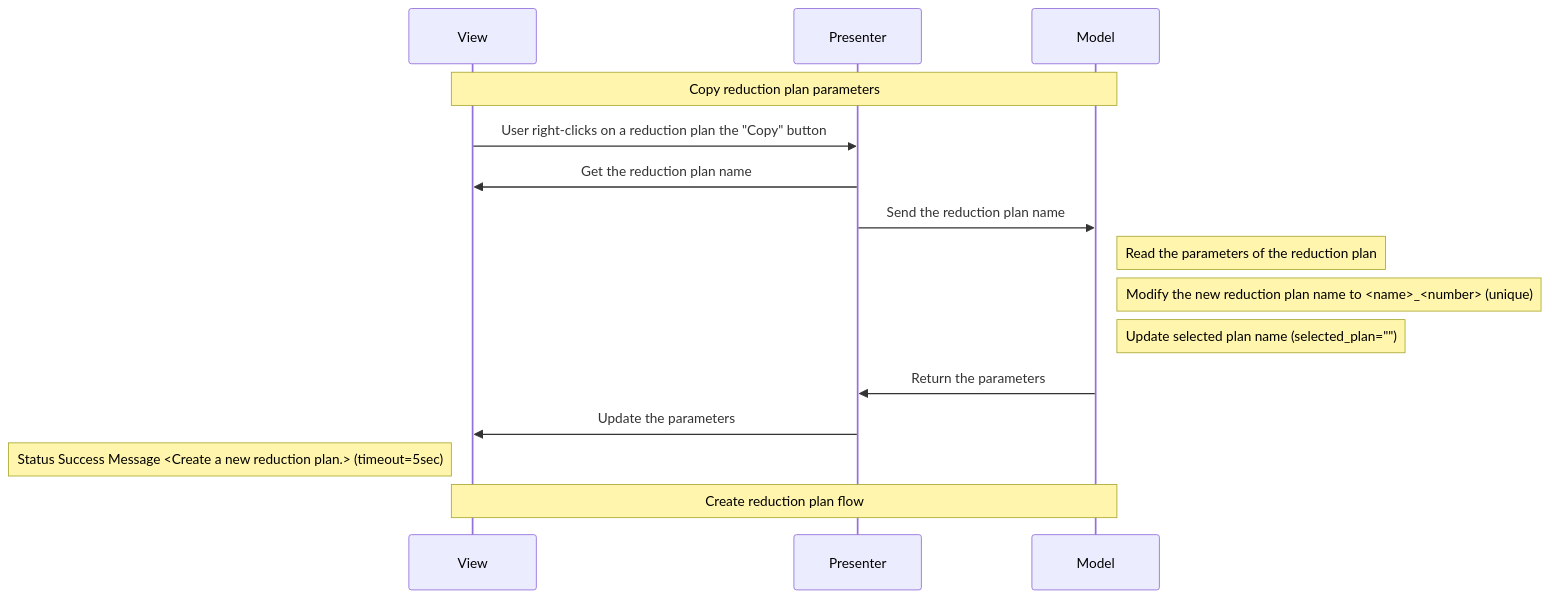
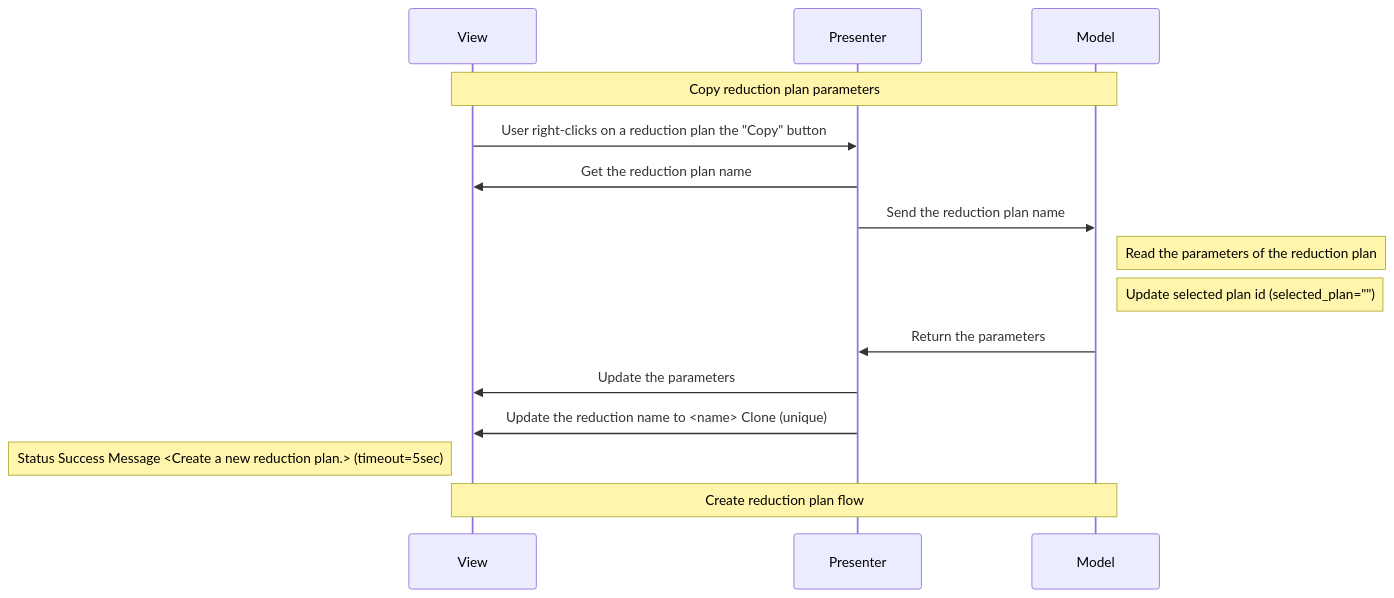
One commit to neutrons/garnet changed the tenth of 14 diagrams in docs/source/design/reduction_plan_mvp.rst. Above: the diagram before and after it, drawn with Mermaid. The commit also changed other lines of this file and 1 other file, not shown here.

Commit message:
unique identifier for reduction plan model, functionality updated, filepath exposed

```diff
--- a/docs/source/design/reduction_plan_mvp.rst
+++ b/docs/source/design/reduction_plan_mvp.rst
@@ -413,18 +463,18 @@
     .. mermaid::
 
         sequenceDiagram
             participant View
             participant Presenter
             participant Model
 
             Note over View,Model: Copy reduction plan parameters
             View->>Presenter: User right-clicks on a reduction plan the "Copy" button
             Presenter->>View: Get the reduction plan name
             Presenter->>Model: Send the reduction plan name
             Note right of Model: Read the parameters of the reduction plan
-            Note right of Model: Modify the new reduction plan name to <name>_<number> (unique)
-            Note right of Model: Update selected plan name (selected_plan="")
+            Note right of Model: Update selected plan id (selected_plan="")
             Model->>Presenter: Return the parameters
             Presenter->>View: Update the parameters
+            Presenter->>View: Update the reduction name to <name> Clone (unique)
             Note left of View: Status Success Message <Create a new reduction plan.> (timeout=5sec)
             Note over View,Model: Create reduction plan flow
```
